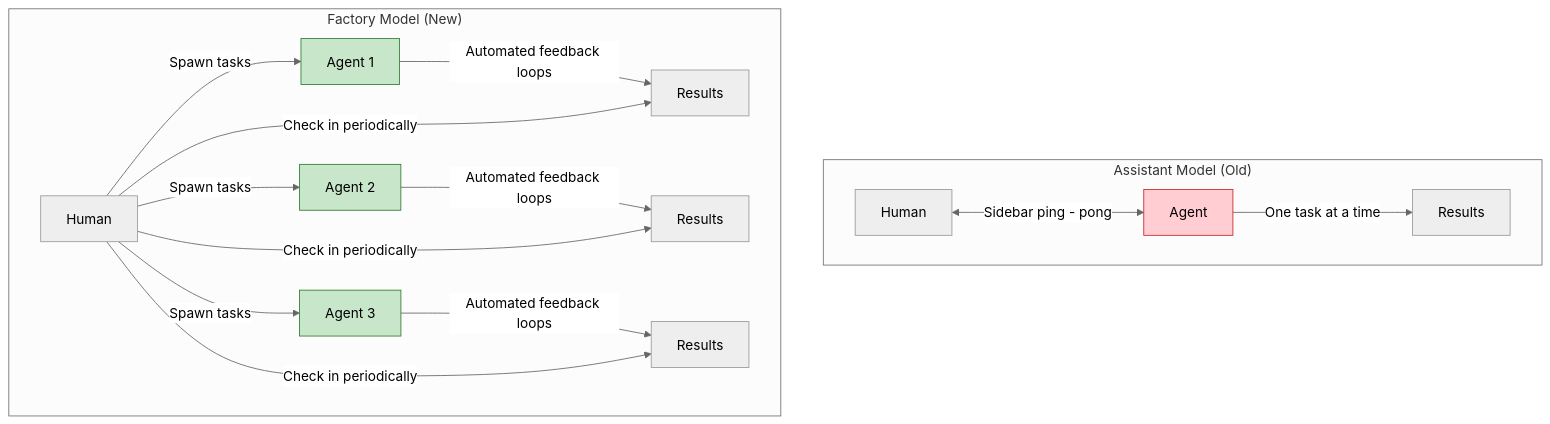
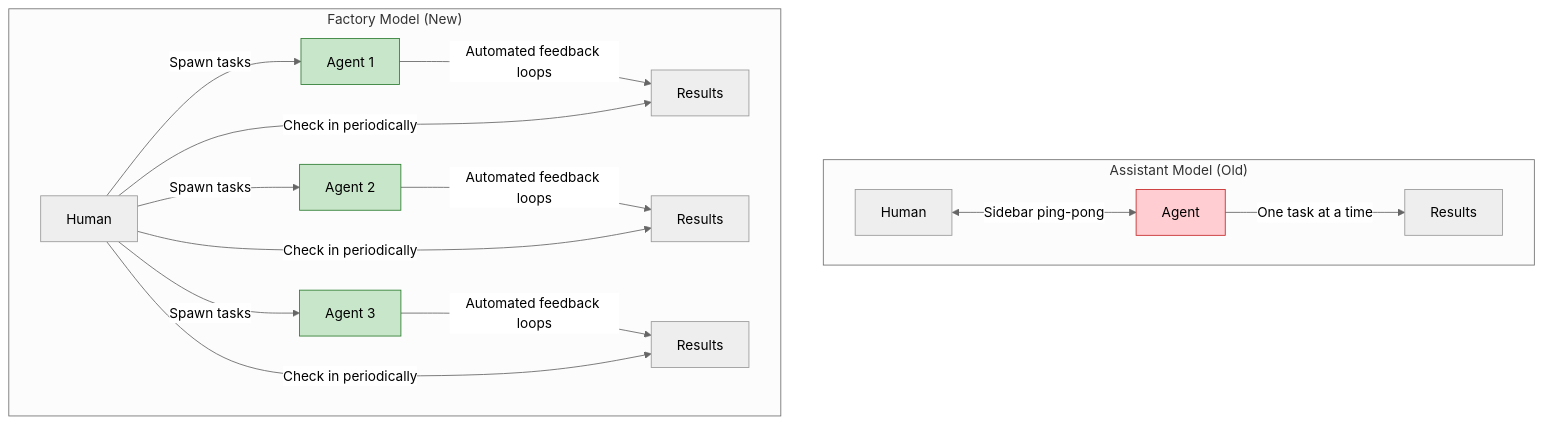
The second of 2 diagrams in .agents/skills/agentic-patterns-research/references/factory-over-assistant-report.md (iromu/TradingAgents), drawn with Mermaid (neutral theme) before and after one commit. The commit also changed other lines of this file and 228 other files, not shown here.

````diff
--- a/.agents/skills/agentic-patterns-research/references/factory-over-assistant-report.md
+++ b/.agents/skills/agentic-patterns-research/references/factory-over-assistant-report.md
@@ -384,24 +359,24 @@
 ```mermaid
 graph TD
     subgraph Assistant_Old["Assistant Model (Old)"]
-        A1[Human] <-->|Sidebar ping - pong| B1[Agent]
+        A1[Human] <-->|Sidebar ping-pong| B1[Agent]
         B1 -->|One task at a time| C1[Results]
     end
 
     subgraph Factory_New["Factory Model (New)"]
         A2[Human] -->|Spawn tasks| B2[Agent 1]
         A2 -->|Spawn tasks| B3[Agent 2]
         A2 -->|Spawn tasks| B4[Agent 3]
         B2 -->|Automated feedback loops| C2[Results]
         B3 -->|Automated feedback loops| C3[Results]
         B4 -->|Automated feedback loops| C4[Results]
         A2 -->|Check in periodically| C2
         A2 -->|Check in periodically| C3
         A2 -->|Check in periodically| C4
     end
 
-    style B1 fill: #ffcdd2, stroke: #c62828
-    style B2 fill: #c8e6c9, stroke: #2e7d32
-    style B3 fill: #c8e6c9, stroke: #2e7d32
-    style B4 fill: #c8e6c9, stroke: #2e7d32
+    style B1 fill:#ffcdd2,stroke:#c62828
+    style B2 fill:#c8e6c9,stroke:#2e7d32
+    style B3 fill:#c8e6c9,stroke:#2e7d32
+    style B4 fill:#c8e6c9,stroke:#2e7d32
 ```
````
